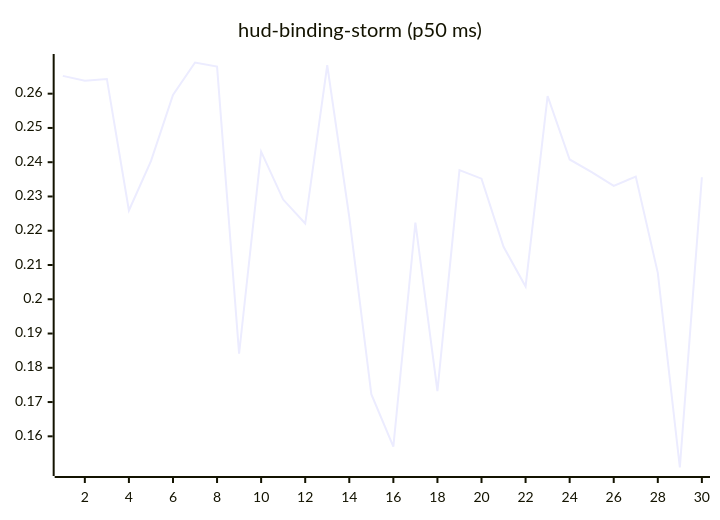
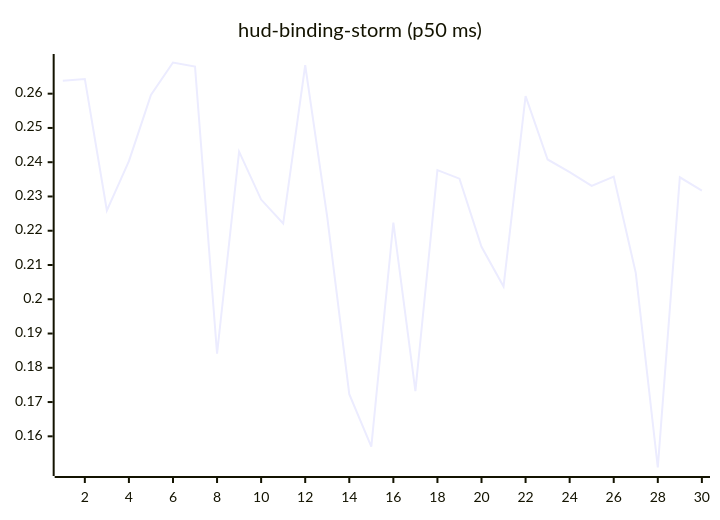
Before and after one commit to josha/Facet: the tenth of 27 diagrams in README.md, drawn with Mermaid. The commit also changed other lines of this file and 2 other files, not shown here.

````diff
--- a/README.md
+++ b/README.md
@@ -126,6 +126,6 @@
 ```mermaid
 xychart-beta
     title "hud-binding-storm (p50 ms)"
     x-axis 1 --> 30
-    line [0.2652, 0.2638, 0.2643, 0.2259, 0.2403, 0.2596, 0.2691, 0.2679, 0.1841, 0.2431, 0.2291, 0.2221, 0.2683, 0.2240, 0.1723, 0.1570, 0.2224, 0.1732, 0.2377, 0.2352, 0.2153, 0.2037, 0.2593, 0.2408, 0.2371, 0.2331, 0.2358, 0.2077, 0.1509, 0.2356]
+    line [0.2638, 0.2643, 0.2259, 0.2403, 0.2596, 0.2691, 0.2679, 0.1841, 0.2431, 0.2291, 0.2221, 0.2683, 0.2240, 0.1723, 0.1570, 0.2224, 0.1732, 0.2377, 0.2352, 0.2153, 0.2037, 0.2593, 0.2408, 0.2371, 0.2331, 0.2358, 0.2077, 0.1509, 0.2356, 0.2317]
 ```
````
